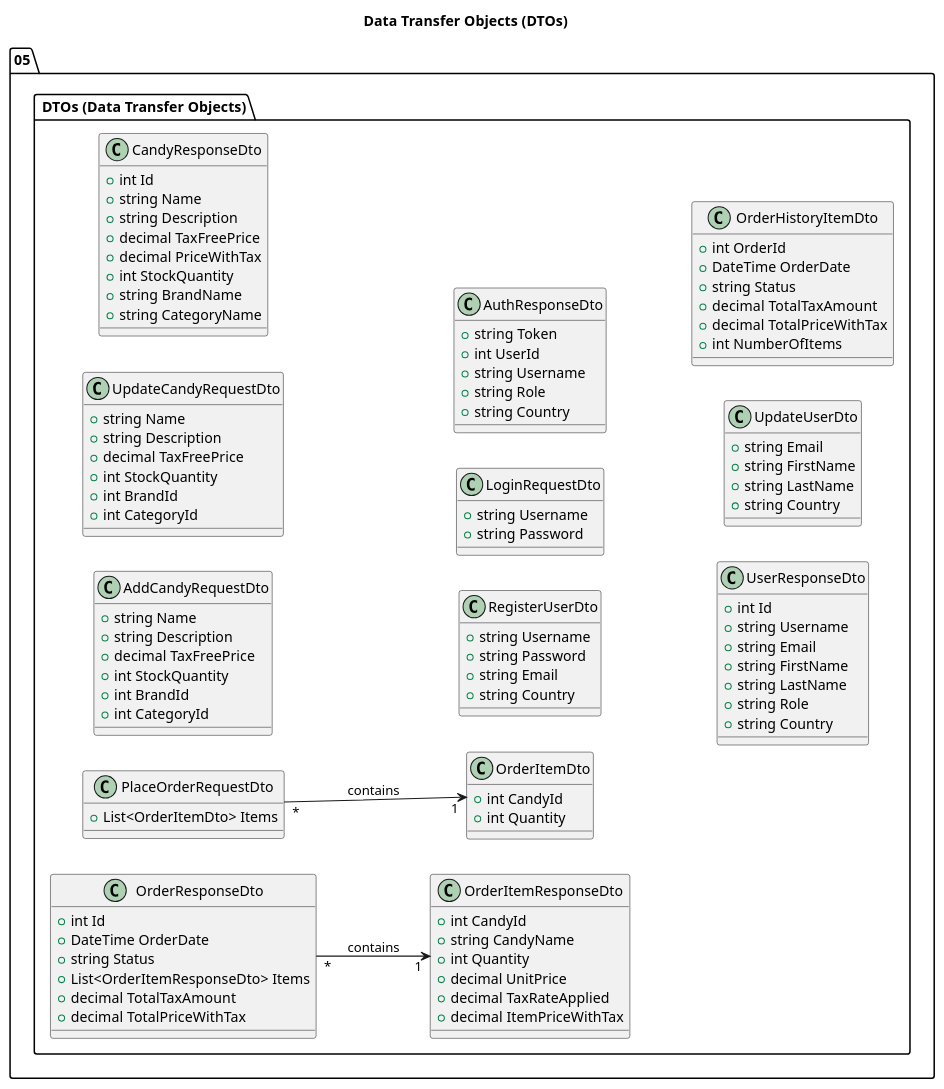
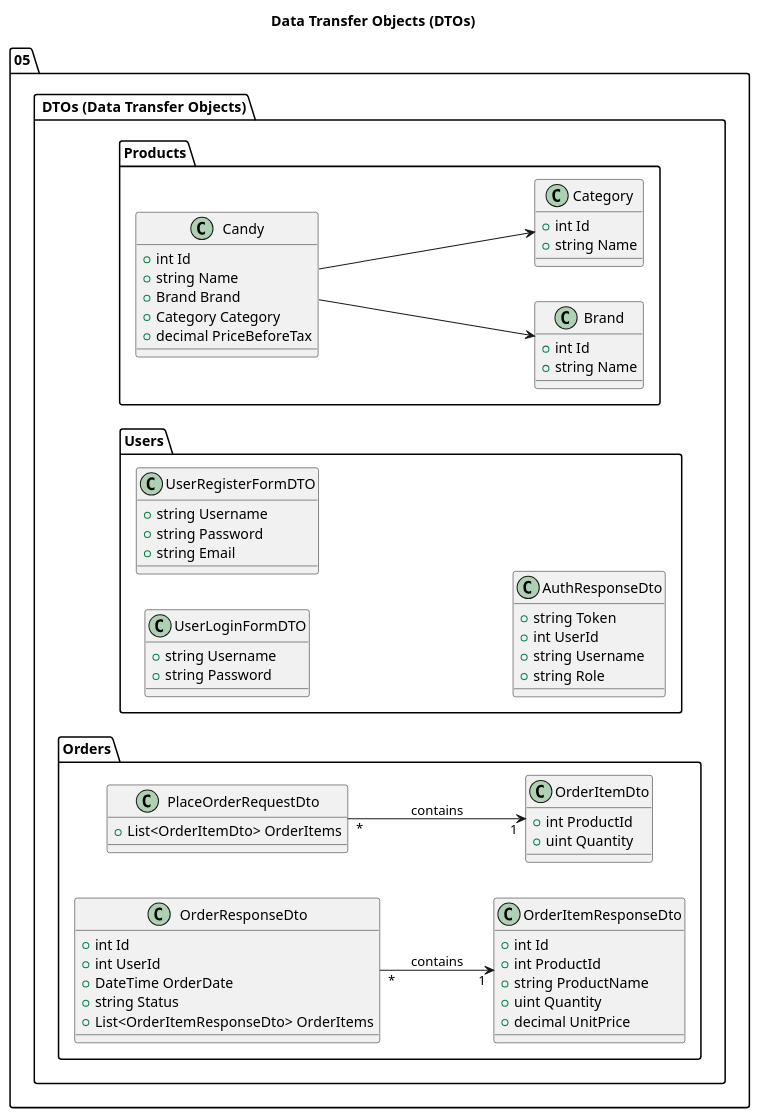
One commit to FullAegis/Candy changed the diagram in Candy.Diagrams/plantuml/DTOs.plantuml. Above: the diagram before and after it, drawn with PlantUML. The commit also changed 16 other files, not shown here.

```diff
--- a/Candy.Diagrams/plantuml/DTOs.plantuml
+++ b/Candy.Diagrams/plantuml/DTOs.plantuml
@@ -1,114 +1,76 @@
 @startuml
 ' Set direction for the diagram
 left to right direction
 
 title Data Transfer Objects (DTOs)
 
 package "05. DTOs (Data Transfer Objects)" {
-    class AddCandyRequestDto {
-        + string Name
-        + string Description
-        + decimal TaxFreePrice
-        + int StockQuantity
-        + int BrandId
-        + int CategoryId
+    package Products {
+        class Brand {
+            + int Id
+            + string Name
+        }
+        class Category {
+            + int Id
+            + string Name
+        }
+        class Candy {
+            + int Id
+            + string Name
+            + Brand Brand
+            + Category Category
+            + decimal PriceBeforeTax
+        }
+        Candy --> Brand
+        Candy --> Category
     }
 
-    class UpdateCandyRequestDto {
-        + string Name
-        + string Description
-        + decimal TaxFreePrice
-        + int StockQuantity
-        + int BrandId
-        + int CategoryId
+    package Users {
+        class UserLoginFormDTO {
+            + string Username
+            + string Password
+        }
+        class UserRegisterFormDTO {
+            + string Username
+            + string Password
+            + string Email
+        }
+        ' Assuming there's an AuthResponseDto returned by auth controller
+        class AuthResponseDto {
+             + string Token
+             + int UserId
+             + string Username
+             + string Role
+         }
     }
 
-    class CandyResponseDto {
-         + int Id
-         + string Name
-         + string Description
-         + decimal TaxFreePrice
-         + decimal PriceWithTax
-         + int StockQuantity
-         + string BrandName
-         + string CategoryName
-     }
+    package Orders {
+        class PlaceOrderRequestDto {
+             + List<OrderItemDto> OrderItems
+        }
 
-    class RegisterUserDto {
-        + string Username
-        + string Password
-        + string Email
-        + string Country
+        class OrderItemDto {
+             + int ProductId
+             + uint Quantity
+        }
+
+        class OrderResponseDto {
+             + int Id
+             + int UserId
+             + DateTime OrderDate
+             + string Status
+             + List<OrderItemResponseDto> OrderItems
+        }
+
+        class OrderItemResponseDto {
+             + int Id
+             + int ProductId
+             + string ProductName
+             + uint Quantity
+             + decimal UnitPrice
+        }
+        PlaceOrderRequestDto "*" --> "1" OrderItemDto : contains
+        OrderResponseDto "*" --> "1" OrderItemResponseDto : contains
     }
-
-    class LoginRequestDto {
-        + string Username
-        + string Password
-    }
-
-    class AuthResponseDto {
-        + string Token
-        + int UserId
-        + string Username
-        + string Role
-        + string Country
-    }
-
-    class UserResponseDto {
-        + int Id
-        + string Username
-        + string Email
-        + string FirstName
-        + string LastName
-        + string Role
-        + string Country
-    }
-
-    class UpdateUserDto {
-        + string Email
-        + string FirstName
-        + string LastName
-        + string Country
-    }
-
-    class PlaceOrderRequestDto {
-         + List<OrderItemDto> Items
-    }
-
-     class OrderItemDto {
-         + int CandyId
-         + int Quantity
-     }
-
-     class OrderResponseDto {
-         + int Id
-         + DateTime OrderDate
-         + string Status
-         + List<OrderItemResponseDto> Items
-         + decimal TotalTaxAmount
-         + decimal TotalPriceWithTax
-     }
-
-     class OrderItemResponseDto {
-         + int CandyId
-         + string CandyName
-         + int Quantity
-         + decimal UnitPrice
-         + decimal TaxRateApplied
-         + decimal ItemPriceWithTax
-     }
-
-     class OrderHistoryItemDto {
-         + int OrderId
-         + DateTime OrderDate
-         + string Status
-         + decimal TotalTaxAmount
-         + decimal TotalPriceWithTax
-         + int NumberOfItems
-     }
 }
-' Internal DTO relationships
-PlaceOrderRequestDto "*" --> "1" OrderItemDto : contains
-OrderResponseDto "*" --> "1" OrderItemResponseDto : contains
-
 @enduml
```
